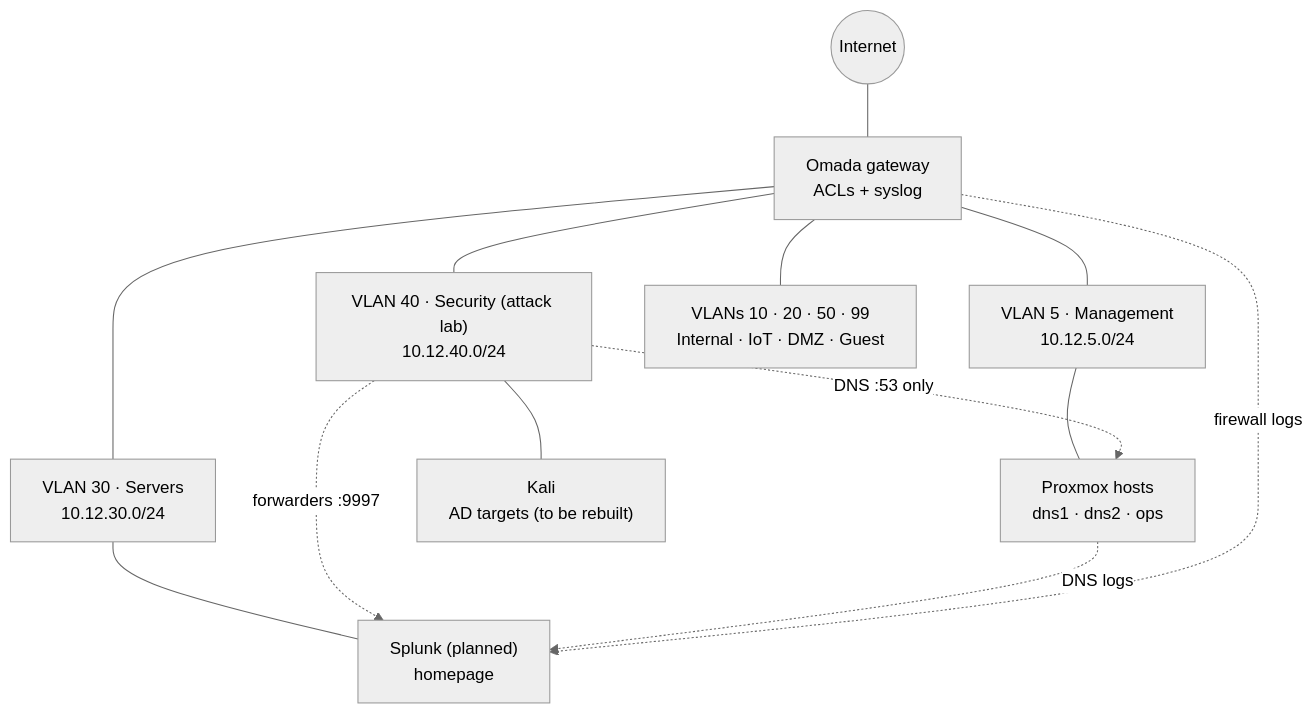
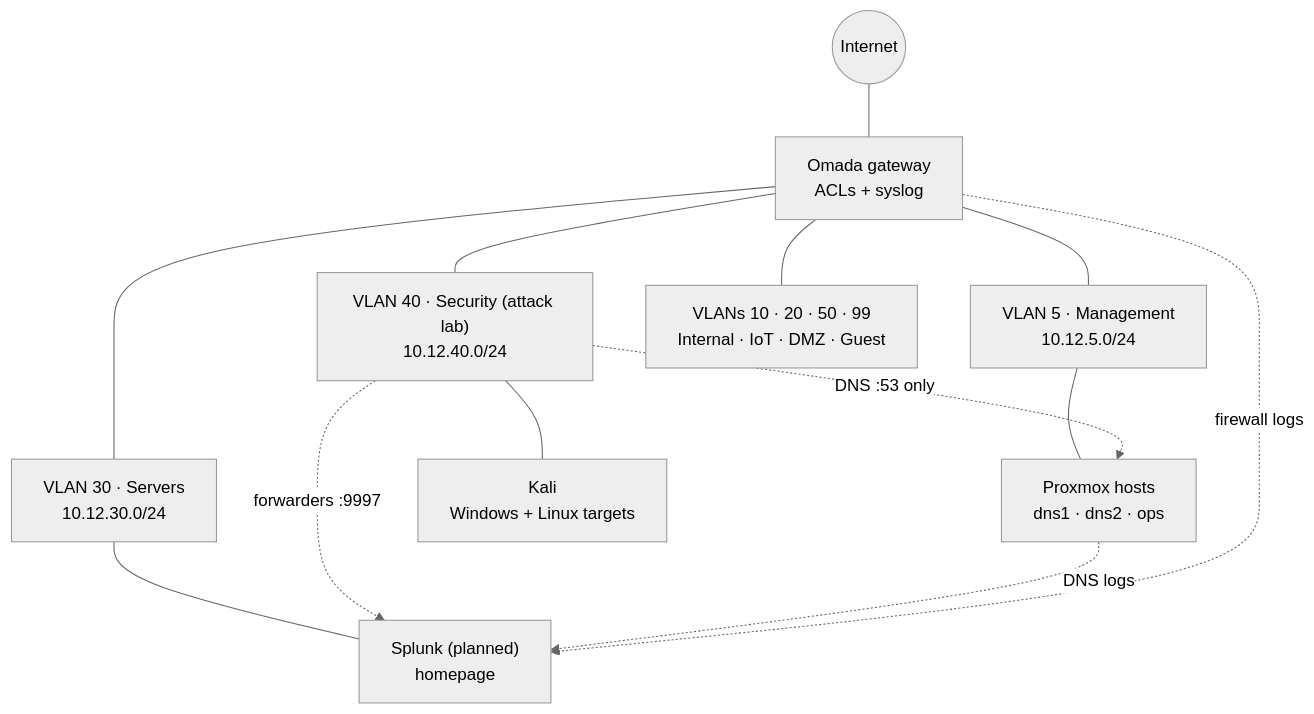
The second of 2 diagrams in README.md (J-DeMarzo/enterprise-homelab), drawn with Mermaid (neutral theme) before and after one commit. The commit also changed other lines of this file and 6 other files, not shown here.

First line of the commit message:
Roadmap: decouple the SOC plan from Active Directory

````diff
--- a/README.md
+++ b/README.md
@@ -29,18 +29,18 @@
 ```mermaid
 flowchart TB
     internet((Internet)) --- gw["Omada gateway<br/>ACLs + syslog"]
 
     gw --- mgmt["VLAN 5 · Management<br/>10.12.5.0/24"]
     gw --- svc["VLAN 30 · Servers<br/>10.12.30.0/24"]
     gw --- lab["VLAN 40 · Security (attack lab)<br/>10.12.40.0/24"]
     gw --- other["VLANs 10 · 20 · 50 · 99<br/>Internal · IoT · DMZ · Guest"]
 
     mgmt --- m1["Proxmox hosts<br/>dns1 · dns2 · ops"]
     svc --- s1["Splunk (planned)<br/>homepage"]
-    lab --- l1["Kali<br/>AD targets (to be rebuilt)"]
+    lab --- l1["Kali<br/>Windows + Linux targets"]
 
     lab -. "forwarders :9997" .-> s1
     lab -. "DNS :53 only" .-> m1
     m1 -. "DNS logs" .-> s1
     gw -. "firewall logs" .-> s1
 ```
````
